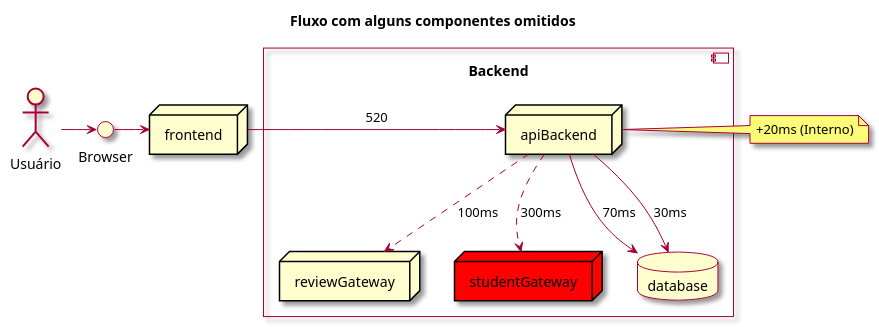
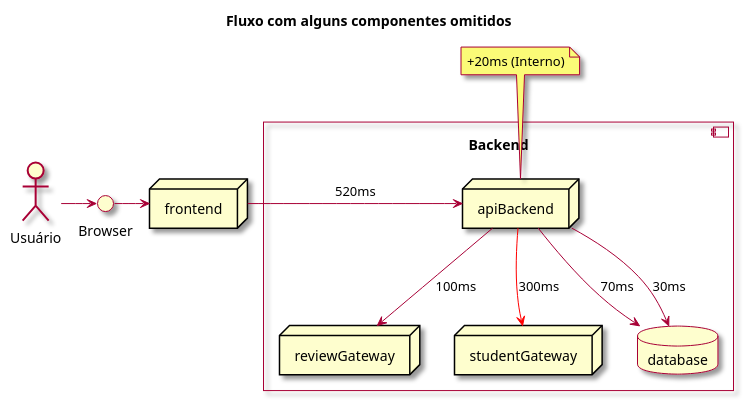
One commit to charlesardsilva/lecture-cache-content changed the diagram in docs/diagrams/request-sem-cdn.plantuml. Above: the diagram before and after it, drawn with PlantUML. The commit also changed 2 other files, not shown here.

Commit message:
Change diagram

```diff
--- a/docs/diagrams/request-sem-cdn.plantuml
+++ b/docs/diagrams/request-sem-cdn.plantuml
@@ -1,30 +1,30 @@
 @startuml
 
 skin rose
 
 Title: Fluxo com alguns componentes omitidos
 
 actor "Usuário" as actor
 interface "Browser" as browser
 node frontend
 
 actor -> browser
 browser -> frontend
 
 component "Backend\n" {
 
   node "apiBackend" as backend
   node reviewGateway as reviewGateway
-  node studentGateway as studentGateway #red
+  node studentGateway as studentGateway
   database database
 
   backend --> database: 70ms
   backend --> database: 30ms
-  backend ..> reviewGateway: 100ms
-  backend ..> studentGateway: 300ms
+  backend --> reviewGateway: 100ms
+  backend --> studentGateway #red: 300ms
 }
 
-frontend -> backend: 520
-note right of backend: +20ms (Interno)
+frontend -> backend: 520ms
+note top of backend: +20ms (Interno)
 
 @enduml
```
